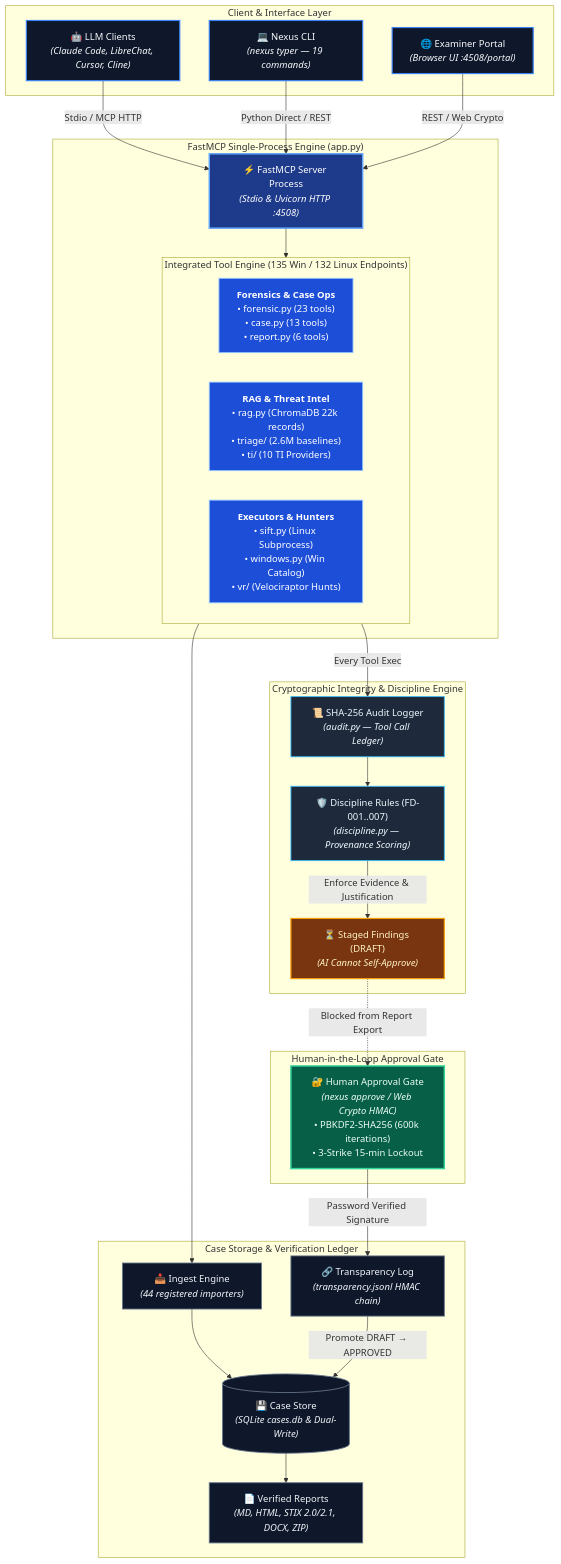
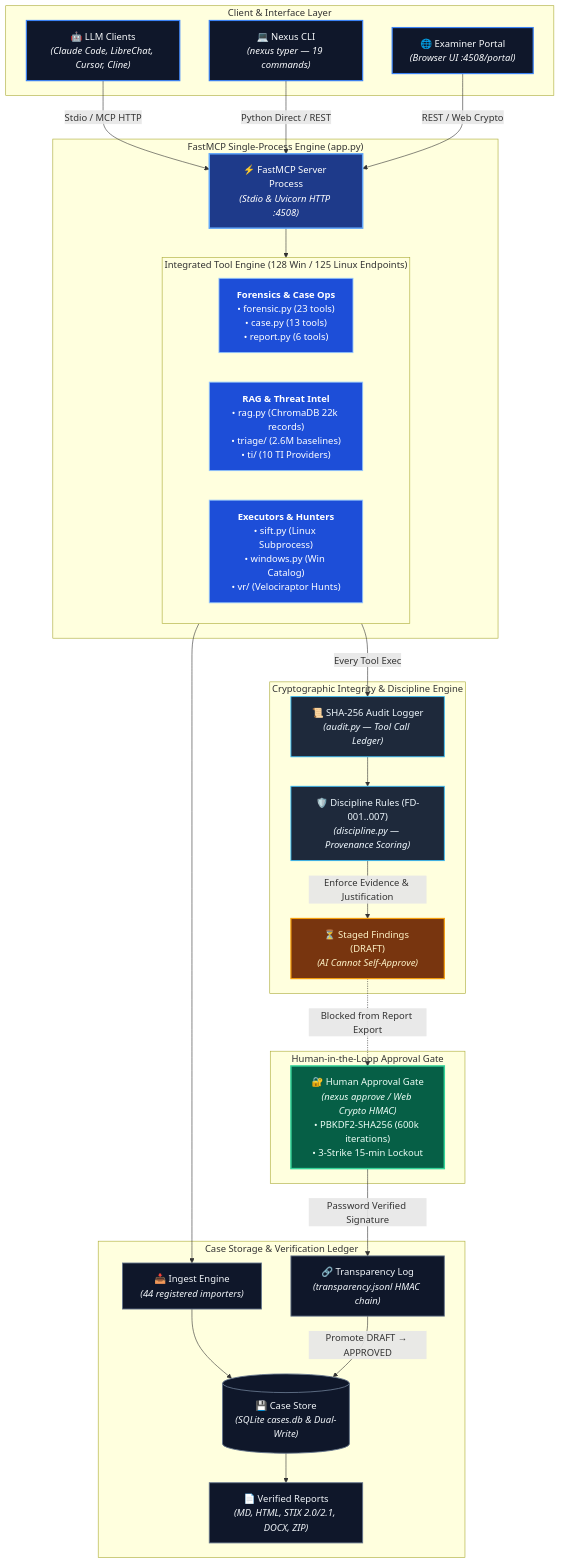
Before and after one commit to Ganron007/DFIR-Nexus: the second of 2 diagrams in Docs/ARCHITECTURE.md, drawn with Mermaid. The commit also changed 37 other files, not shown here.

````diff
--- a/Docs/ARCHITECTURE.md
+++ b/Docs/ARCHITECTURE.md
@@ -91,72 +91,72 @@
 ```mermaid
 flowchart TD
     %% DFIR-Nexus Architecture Diagram - Logo Matched (#1e3a8a, #2563eb, #60a5fa, #0f172a)
     classDef clientStyle fill:#0f172a,stroke:#3b82f6,stroke-width:2px,color:#f8fafc;
     classDef serverStyle fill:#1e3a8a,stroke:#60a5fa,stroke-width:2.5px,color:#ffffff;
     classDef toolStyle fill:#1d4ed8,stroke:#93c5fd,stroke-width:1.5px,color:#ffffff;
     classDef disciplineStyle fill:#1e293b,stroke:#38bdf8,stroke-width:1.5px,color:#f0f9ff;
     classDef draftStyle fill:#78350f,stroke:#f59e0b,stroke-width:2px,color:#fef3c7;
     classDef gateStyle fill:#065f46,stroke:#34d399,stroke-width:2.5px,color:#ecfdf5;
     classDef storageStyle fill:#0f172a,stroke:#64748b,stroke-width:1.5px,color:#f1f5f9;
 
     subgraph CLIENTS [" Client & Interface Layer "]
         LLM["🤖 LLM Clients<br/><i>(Claude Code, LibreChat, Cursor, Cline)</i>"]:::clientStyle
         CLI["💻 Nexus CLI<br/><i>(nexus typer — 19 commands)</i>"]:::clientStyle
         WEB["🌐 Examiner Portal<br/><i>(Browser UI :4508/portal)</i>"]:::clientStyle
     end
 
     subgraph CORE [" FastMCP Single-Process Engine (app.py) "]
         MCP["⚡ FastMCP Server Process<br/><i>(Stdio & Uvicorn HTTP :4508)</i>"]:::serverStyle
         
-        subgraph MODULES [" Integrated Tool Engine (135 Win / 132 Linux Endpoints) "]
+        subgraph MODULES [" Integrated Tool Engine (128 Win / 125 Linux Endpoints) "]
             direction LR
             CORE_TOOLS["<b>Forensics & Case Ops</b><br/>• forensic.py (23 tools)<br/>• case.py (13 tools)<br/>• report.py (6 tools)"]:::toolStyle
             INTEL_TOOLS["<b>RAG & Threat Intel</b><br/>• rag.py (ChromaDB 22k records)<br/>• triage/ (2.6M baselines)<br/>• ti/ (10 TI Providers)"]:::toolStyle
             EXEC_TOOLS["<b>Executors & Hunters</b><br/>• sift.py (Linux Subprocess)<br/>• windows.py (Win Catalog)<br/>• vr/ (Velociraptor Hunts)"]:::toolStyle
         end
     end
 
     subgraph DISCIPLINE [" Cryptographic Integrity & Discipline Engine "]
         AUDIT["📜 SHA-256 Audit Logger<br/><i>(audit.py — Tool Call Ledger)</i>"]:::disciplineStyle
         RULES["🛡️ Discipline Rules (FD-001..007)<br/><i>(discipline.py — Provenance Scoring)</i>"]:::disciplineStyle
         DRAFT["⏳ Staged Findings (DRAFT)<br/><i>(AI Cannot Self-Approve)</i>"]:::draftStyle
     end
 
     subgraph HITL [" Human-in-the-Loop Approval Gate "]
         GATE["🔐 Human Approval Gate<br/><i>(nexus approve / Web Crypto HMAC)</i><br/>• PBKDF2-SHA256 (600k iterations)<br/>• 3-Strike 15-min Lockout"]:::gateStyle
     end
 
     subgraph LEDGER [" Case Storage & Verification Ledger "]
         INGEST["📥 Ingest Engine<br/><i>(44 registered importers)</i>"]:::storageStyle
         DB[("💾 Case Store<br/><i>(SQLite cases.db & Dual-Write)</i>")]:::storageStyle
         TRANSPARENCY["🔗 Transparency Log<br/><i>(transparency.jsonl HMAC chain)</i>"]:::storageStyle
         REPORTS["📄 Verified Reports<br/><i>(MD, HTML, STIX 2.0/2.1, DOCX, ZIP)</i>"]:::storageStyle
     end
 
     %% Flow Connections
     LLM -->|Stdio / MCP HTTP| MCP
     CLI -->|Python Direct / REST| MCP
     WEB -->|REST / Web Crypto| MCP
 
     MCP --> MODULES
     MODULES --> INGEST
     INGEST --> DB
 
     MODULES -->|Every Tool Exec| AUDIT
     AUDIT --> RULES
     RULES -->|Enforce Evidence & Justification| DRAFT
 
     DRAFT -.->|Blocked from Report Export| GATE
     GATE -->|Password Verified Signature| TRANSPARENCY
     TRANSPARENCY -->|Promote DRAFT → APPROVED| DB
     DB --> REPORTS
 
     %% Apply Styles
     class LLM,CLI,WEB clientStyle;
     class MCP serverStyle;
     class CORE_TOOLS,INTEL_TOOLS,EXEC_TOOLS toolStyle;
     class AUDIT,RULES disciplineStyle;
     class DRAFT draftStyle;
     class GATE gateStyle;
     class INGEST,DB,TRANSPARENCY,REPORTS storageStyle;
 ```
````
